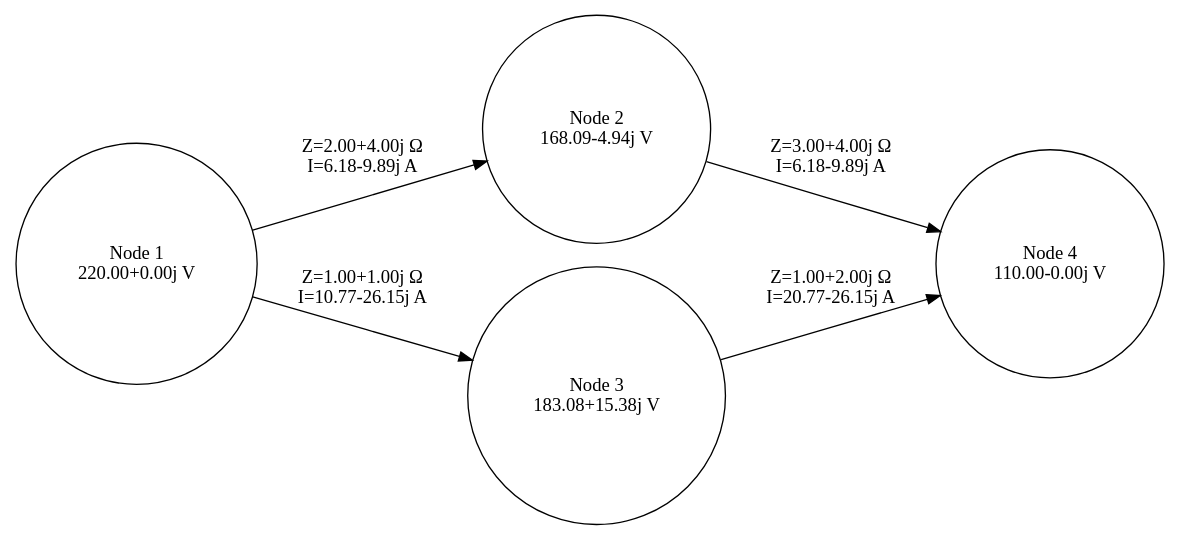
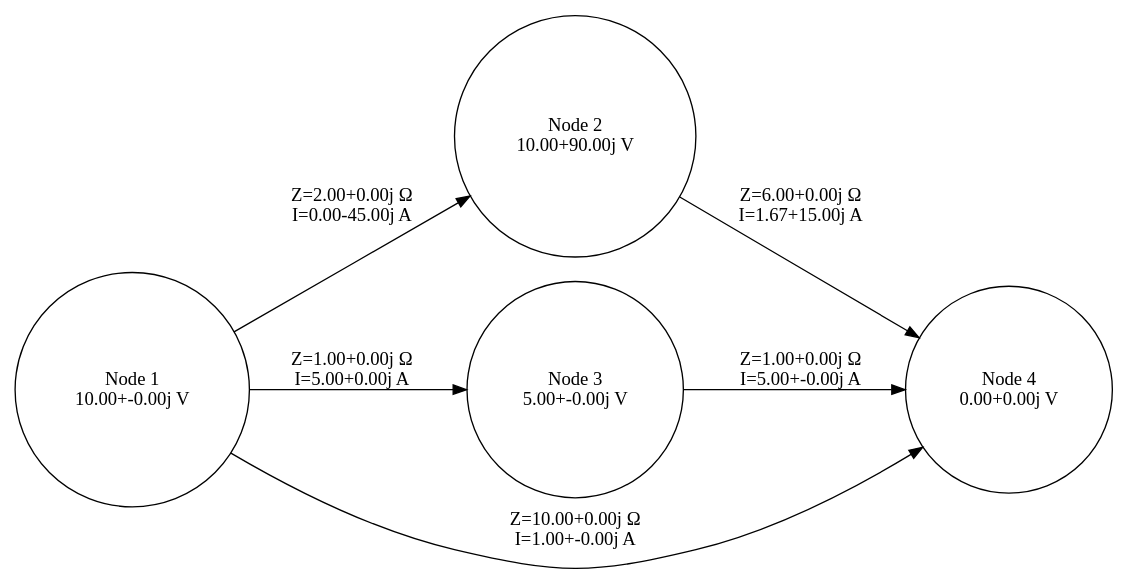
One commit to mcleoregulus/Project-DataStructuresAndAlgorithms changed the diagram in src/main/circuit.dot. Above: the diagram before and after it, drawn with Graphviz. The commit also changed 1634 other files, not shown here.

```diff
--- a/src/main/circuit.dot
+++ b/src/main/circuit.dot
@@ -1,12 +1,13 @@
 digraph CircuitGraph {
     rankdir=LR;
     node [shape=circle];
-    1 [label="Node 1\n220.00+0.00j V"];
-    2 [label="Node 2\n168.09-4.94j V"];
-    3 [label="Node 3\n183.08+15.38j V"];
-    4 [label="Node 4\n110.00-0.00j V"];
-    1 -> 2 [label="Z=2.00+4.00j Ω\nI=6.18-9.89j A"];
-    1 -> 3 [label="Z=1.00+1.00j Ω\nI=10.77-26.15j A"];
-    2 -> 4 [label="Z=3.00+4.00j Ω\nI=6.18-9.89j A"];
-    3 -> 4 [label="Z=1.00+2.00j Ω\nI=20.77-26.15j A"];
+    1 [label="Node 1\n10.00+-0.00j V"];
+    2 [label="Node 2\n10.00+90.00j V"];
+    3 [label="Node 3\n5.00+-0.00j V"];
+    4 [label="Node 4\n0.00+0.00j V"];
+    1 -> 2 [label="Z=2.00+0.00j Ω\nI=0.00-45.00j A"];
+    1 -> 3 [label="Z=1.00+0.00j Ω\nI=5.00+0.00j A"];
+    1 -> 4 [label="Z=10.00+0.00j Ω\nI=1.00+-0.00j A"];
+    2 -> 4 [label="Z=6.00+0.00j Ω\nI=1.67+15.00j A"];
+    3 -> 4 [label="Z=1.00+0.00j Ω\nI=5.00+-0.00j A"];
 }
```
